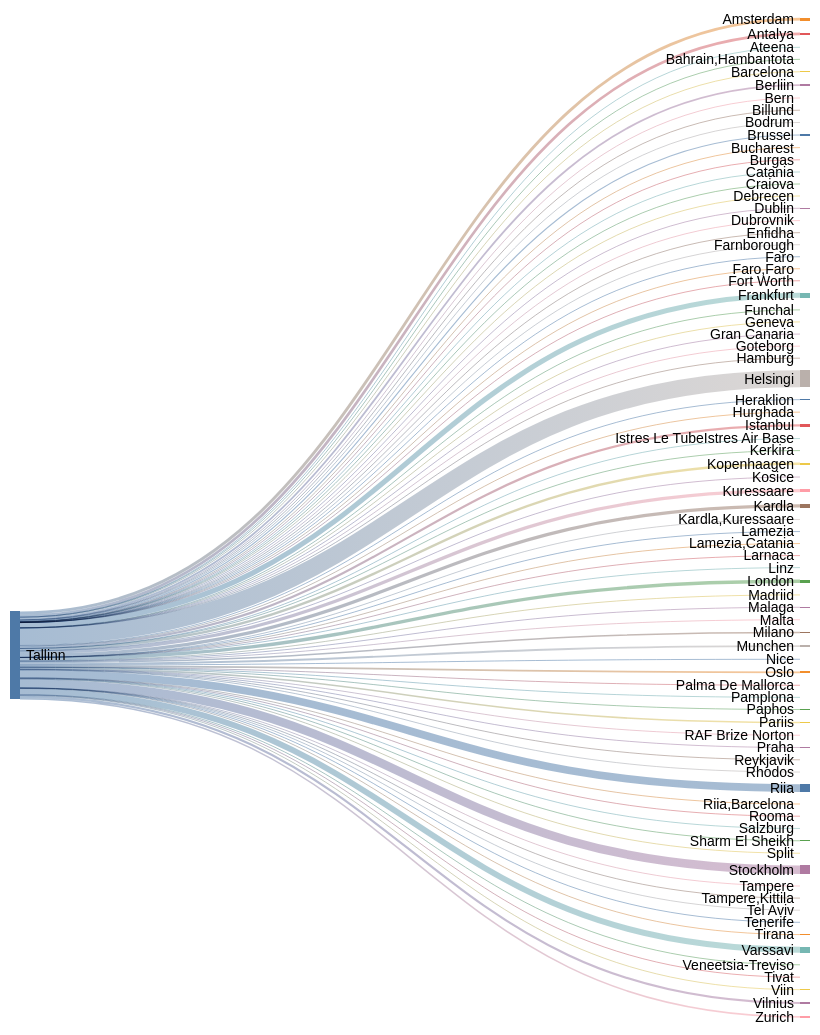
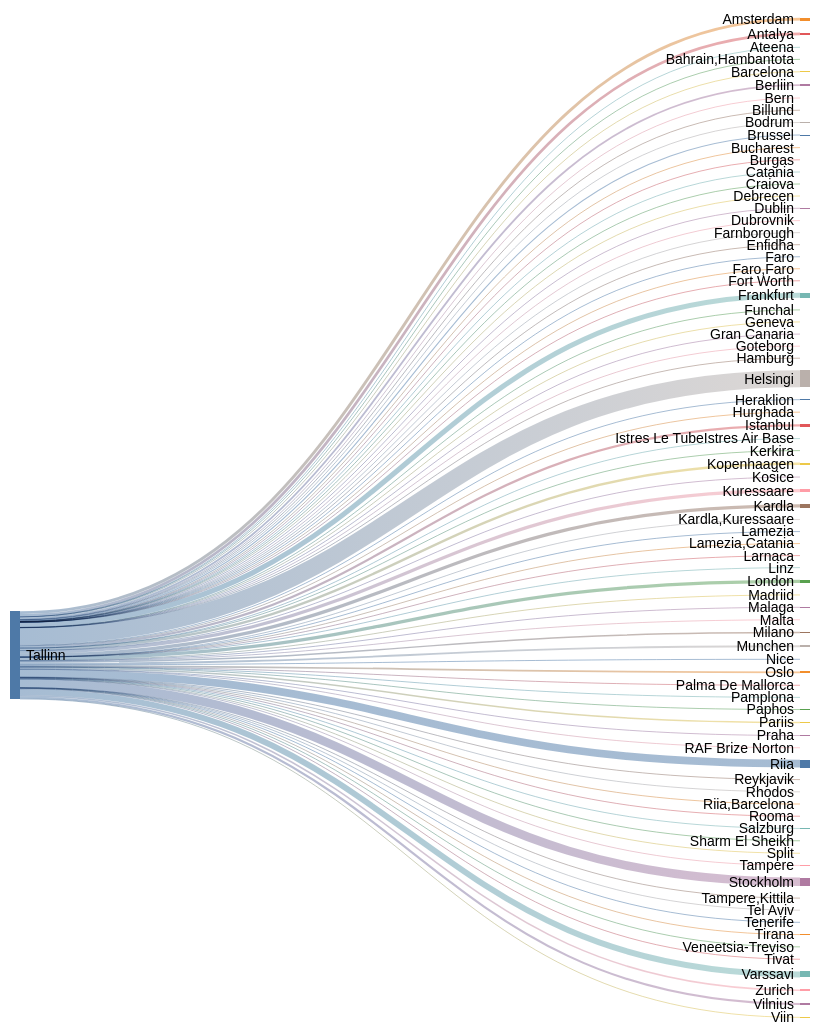
The second of 2 diagrams in README.md (rainermesi/tll-airport-departures), drawn with Mermaid (forest theme) before and after one commit. The commit also changed other lines of this file and 1 other file, not shown here.

````diff
--- a/README.md
+++ b/README.md
@@ -41,11 +41,11 @@
 ---
 sankey-beta
 %% source,target,value
-Tallinn,Amsterdam,563
-Tallinn,Antalya,524
+Tallinn,Amsterdam,565
+Tallinn,Antalya,527
 Tallinn,Ateena,16
 Tallinn,"Bahrain,Hambantota",1
-Tallinn,Barcelona,157
+Tallinn,Barcelona,159
 Tallinn,Berliin,352
 Tallinn,Bern,1
 Tallinn,Billund,87
@@ -63,36 +63,36 @@
 Tallinn,Faro,4
 Tallinn,"Faro,Faro",1
 Tallinn,Fort Worth,1
-Tallinn,Frankfurt,990
+Tallinn,Frankfurt,993
 Tallinn,Funchal,7
 Tallinn,Geneva,13
 Tallinn,Gran Canaria,38
 Tallinn,Goteborg,2
 Tallinn,Hamburg,2
-Tallinn,Helsingi,3321
-Tallinn,Heraklion,127
+Tallinn,Helsingi,3328
+Tallinn,Heraklion,128
 Tallinn,Hurghada,76
-Tallinn,Istanbul,431
+Tallinn,Istanbul,432
 Tallinn,Istres Le TubeIstres Air Base,2
 Tallinn,Kerkira,4
-Tallinn,Kopenhaagen,469
+Tallinn,Kopenhaagen,471
 Tallinn,Kosice,1
-Tallinn,Kuressaare,630
-Tallinn,Kardla,632
+Tallinn,Kuressaare,631
+Tallinn,Kardla,633
 Tallinn,"Kardla,Kuressaare",1
 Tallinn,Lamezia,4
 Tallinn,"Lamezia,Catania",3
 Tallinn,Larnaca,7
 Tallinn,Linz,2
-Tallinn,London,643
+Tallinn,London,644
 Tallinn,Madriid,4
-Tallinn,Malaga,136
-Tallinn,Malta,34
+Tallinn,Malaga,137
+Tallinn,Malta,35
 Tallinn,Milano,283
 Tallinn,Munchen,353
 Tallinn,Nice,63
 Tallinn,Oslo,334
-Tallinn,Palma De Mallorca,38
+Tallinn,Palma De Mallorca,39
 Tallinn,Pamplona,1
 Tallinn,Paphos,66
 Tallinn,Pariis,297
@@ -100,24 +100,24 @@
 Tallinn,RAF Brize Norton,1
 Tallinn,Reykjavik,20
 Tallinn,Rhodos,71
-Tallinn,Riia,1507
+Tallinn,Riia,1512
 Tallinn,"Riia,Barcelona",1
 Tallinn,Rooma,80
 Tallinn,Salzburg,14
 Tallinn,Sharm El Sheikh,115
 Tallinn,Split,64
-Tallinn,Stockholm,1661
+Tallinn,Stockholm,1663
 Tallinn,Tampere,17
 Tallinn,"Tampere,Kittila",21
 Tallinn,Tel Aviv,2
 Tallinn,Tenerife,58
 Tallinn,Tirana,42
 Tallinn,Tivat,78
-Tallinn,Varssavi,1151
+Tallinn,Varssavi,1154
 Tallinn,Veneetsia-Treviso,67
 Tallinn,Viin,106
 Tallinn,Vilnius,421
-Tallinn,Zurich,298
+Tallinn,Zurich,299
 
 
 ```
````
